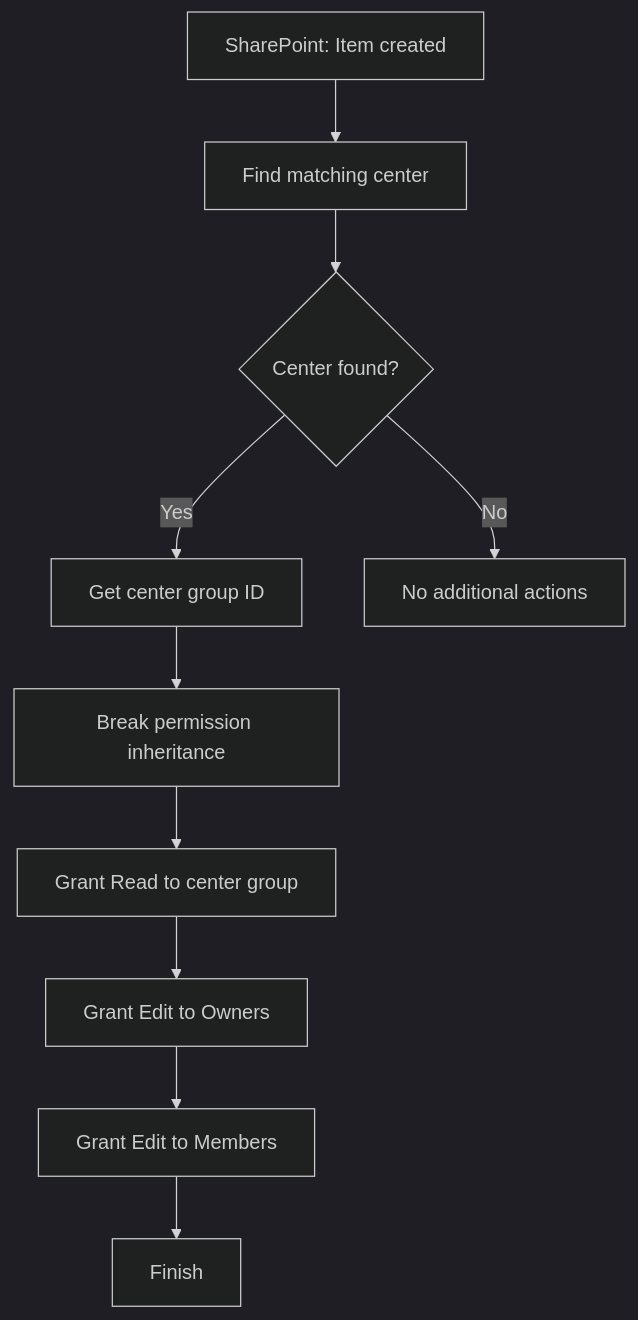
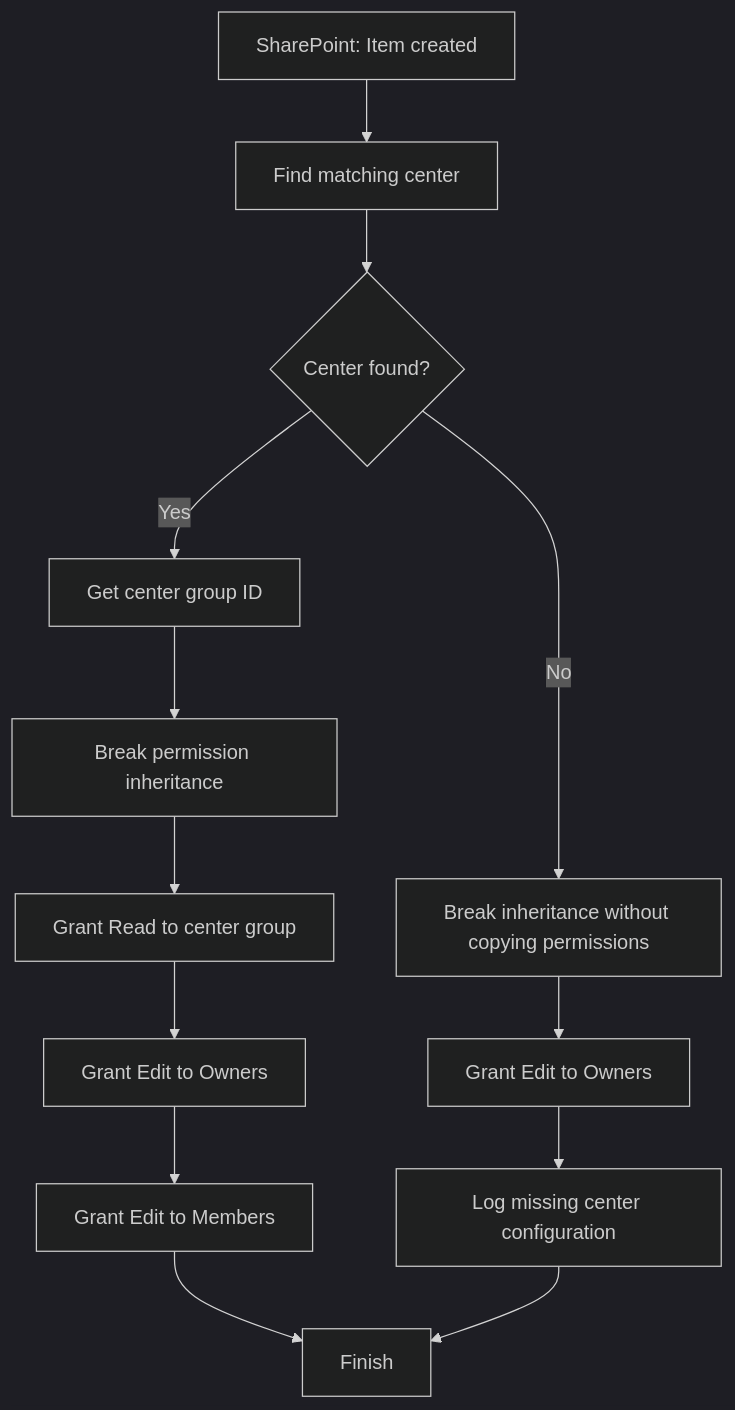
Before and after one commit to smartinmunoz/power-platform-portfolio: the diagram in Power-Automate/SharePoint-Excel-Automation/flows/FL05-demo/README.md, drawn with Mermaid (dark theme). The commit also changed other lines of this file, not shown here.

Commit message:
docs: update FL05 missing center architecture diagram
Updated the workflow diagram to reflect changes in actions for when no center is found.

````diff
--- a/Power-Automate/SharePoint-Excel-Automation/flows/FL05-demo/README.md
+++ b/Power-Automate/SharePoint-Excel-Automation/flows/FL05-demo/README.md
@@ -13,12 +14,17 @@
 ```mermaid
 flowchart TD
     A["SharePoint: Item created"] --> B["Find matching center"]
     B --> C{"Center found?"}
+
     C -->|Yes| D["Get center group ID"]
     D --> E["Break permission inheritance"]
     E --> F["Grant Read to center group"]
     F --> G["Grant Edit to Owners"]
     G --> H["Grant Edit to Members"]
     H --> I["Finish"]
-    C -->|No| J["No additional actions"]
+
+    C -->|No| J["Break inheritance without copying permissions"]
+    J --> K["Grant Edit to Owners"]
+    K --> L["Log missing center configuration"]
+    L --> I
 ```
````
